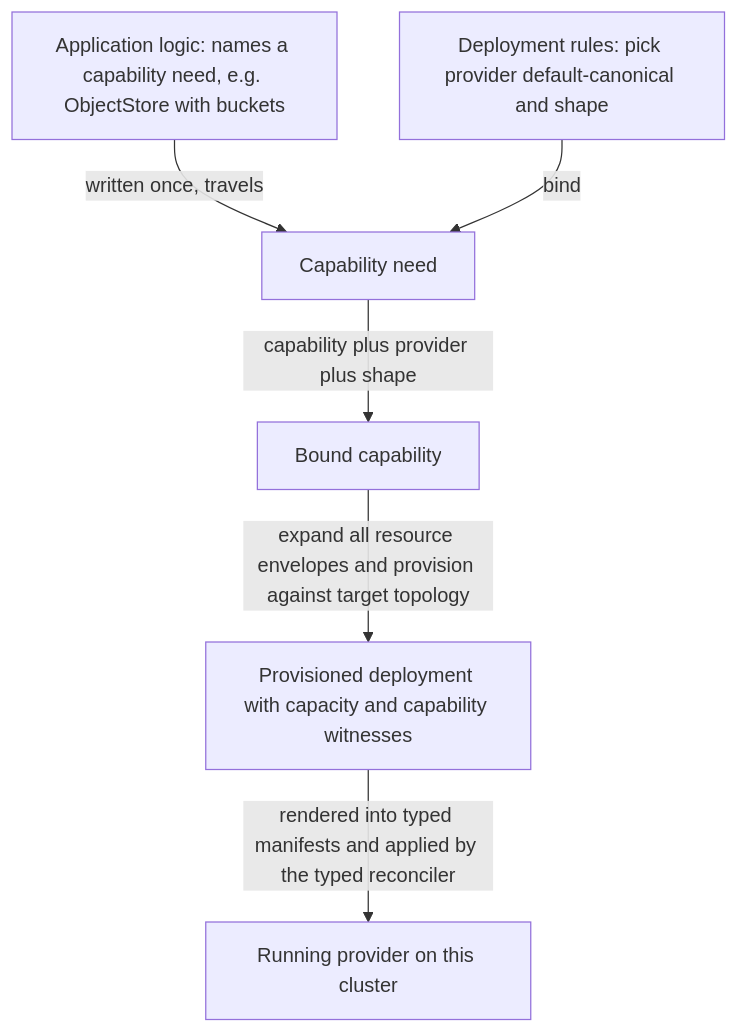
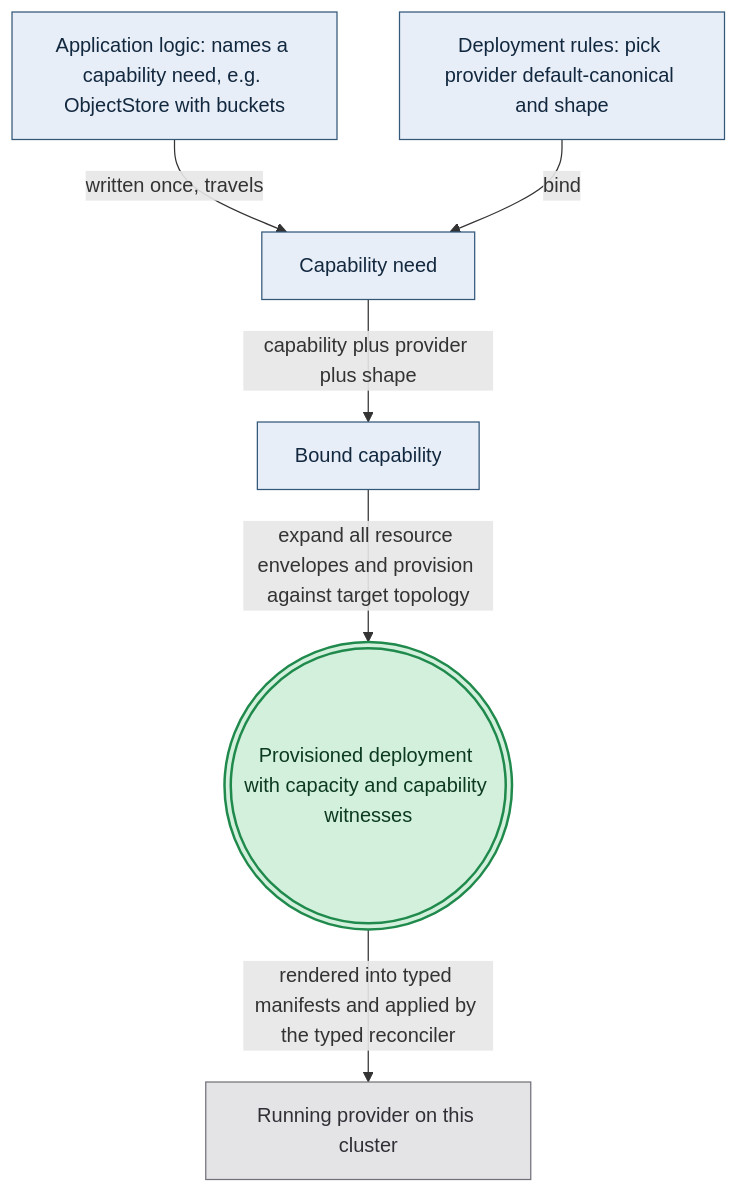
Before and after one commit to Tuee22/amoebius: the first of 2 diagrams in documents/engineering/service_capability_doctrine.md, drawn with Mermaid. The commit also changed other lines of this file and 36 other files, not shown here.

````diff
--- a/documents/engineering/service_capability_doctrine.md
+++ b/documents/engineering/service_capability_doctrine.md
@@ -186,8 +188,11 @@
 ```mermaid
 flowchart TD
-  app[Application logic: names a capability need, e.g. ObjectStore with buckets] -->|written once, travels| need[Capability need]
-  rules[Deployment rules: pick provider default-canonical and shape] -->|bind| need
-  need -->|capability plus provider plus shape| bound[Bound capability]
-  bound -->|expand all resource envelopes and provision against target topology| checked[Provisioned deployment with capacity and capability witnesses]
-  checked -->|rendered into typed manifests and applied by the typed reconciler| live[Running provider on this cluster]
+  app["Application logic: names a capability need, e.g. ObjectStore with buckets"]:::intent -->|written once, travels| need["Capability need"]:::intent
+  rules["Deployment rules: pick provider default-canonical and shape"]:::intent -->|bind| need
+  need -->|capability plus provider plus shape| bound["Bound capability"]:::intent
+  bound -->|expand all resource envelopes and provision against target topology| checked((("Provisioned deployment with capacity and capability witnesses"))):::seal
+  checked -->|rendered into typed manifests and applied by the typed reconciler| live["Running provider on this cluster"]:::runtime
+  classDef intent   fill:#e8eef7,stroke:#33587a,color:#12283f,stroke-width:1px
+  classDef seal     fill:#d3f0dd,stroke:#1f8a4c,color:#0c3a1f,stroke-width:2px
+  classDef runtime  fill:#e4e4e7,stroke:#71717a,color:#2f2f35,stroke-width:1px
 ```
````
